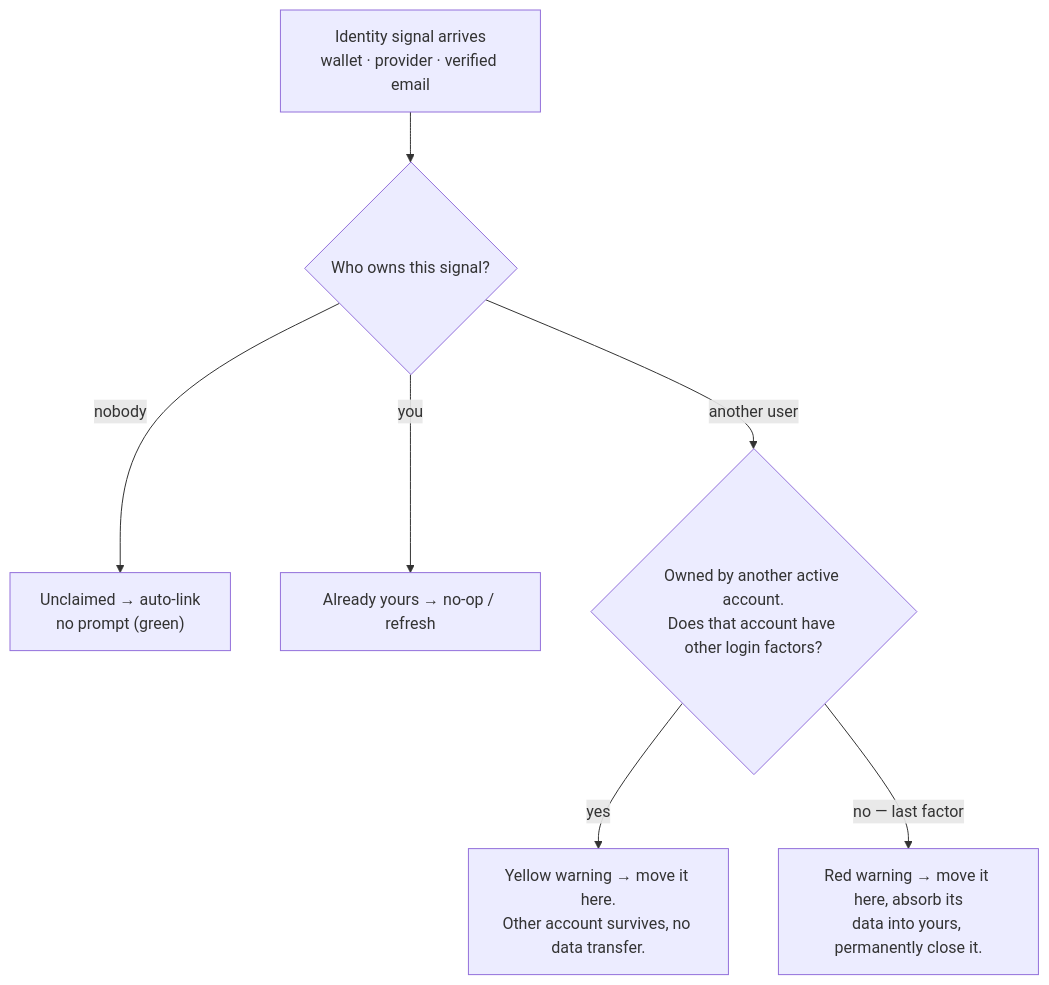
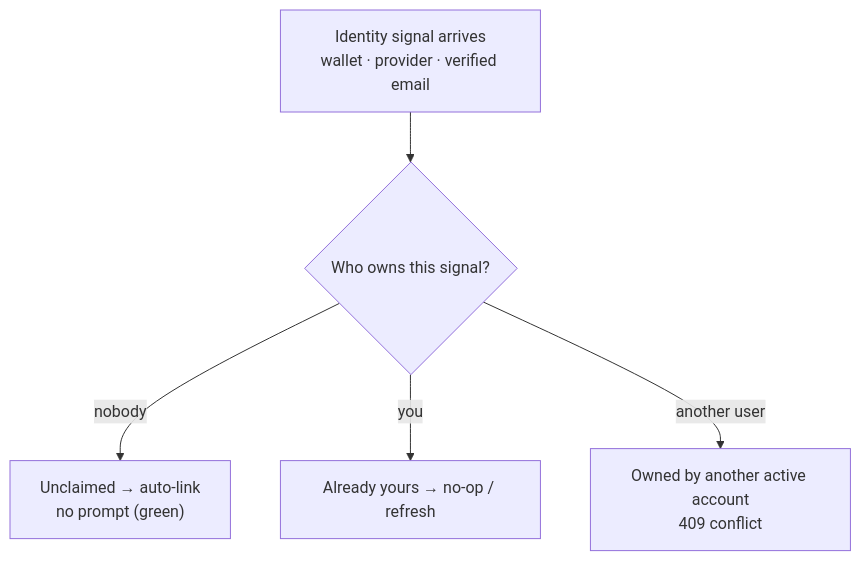
The fourth of 6 diagrams in specs/WIDGET-AUTH-PLAN.md (aomi-labs/aomi-widget), drawn with Mermaid before and after one commit. The commit also changed other lines of this file and 21 other files, not shown here.

````diff
--- a/specs/WIDGET-AUTH-PLAN.md
+++ b/specs/WIDGET-AUTH-PLAN.md
@@ -330,16 +330,12 @@
 ```mermaid
 flowchart TD
   S["Identity signal arrives<br/>wallet · provider · verified email"]
   Q{"Who owns this signal?"}
   U["Unclaimed → auto-link<br/>no prompt (green)"]
   M["Already yours → no-op / refresh"]
-  O{"Owned by another active account.<br/>Does that account have other login factors?"}
-  Y["Yellow warning → move it here.<br/>Other account survives, no data transfer."]
-  RD["Red warning → move it here, absorb its<br/>data into yours, permanently close it."]
+  C["Owned by another active account<br/>409 conflict"]
   S --> Q
   Q -->|nobody| U
   Q -->|you| M
-  Q -->|another user| O
-  O -->|yes| Y
-  O -->|"no — last factor"| RD
+  Q -->|another user| C
 ```
````
